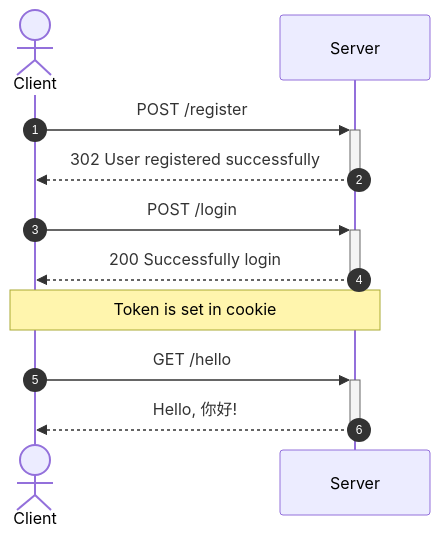
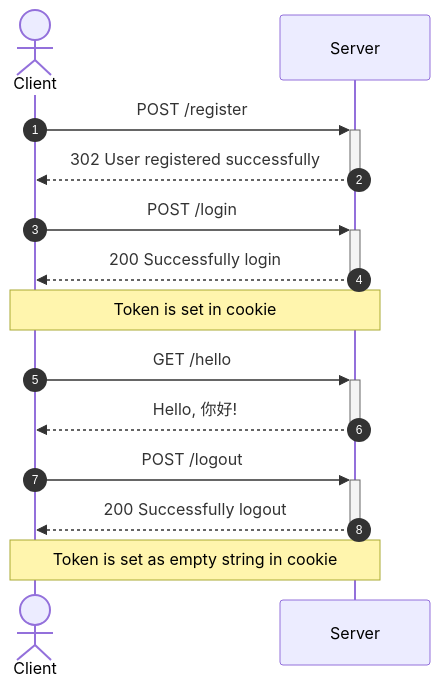
One commit to ngshiheng/worker-auth changed the diagram in README.md. Above: the diagram before and after it, drawn with Mermaid.

Commit message:
docs: add logout flow into sequence diagram

````diff
--- a/README.md
+++ b/README.md
@@ -19,14 +19,17 @@
 ```mermaid
 sequenceDiagram
     autonumber
     actor Client
     participant Server
 
     Client->>+Server: POST /register
     Server-->>-Client: 302 User registered successfully
     Client->>+Server: POST /login
     Server-->>-Client: 200 Successfully login
     Note over Client,Server: Token is set in cookie
     Client->>+Server: GET /hello
     Server-->>-Client: Hello, 你好!
+    Client->>+Server: POST /logout
+    Server-->>-Client: 200 Successfully logout
+    Note over Client,Server: Token is set as empty string in cookie
 ```
````
